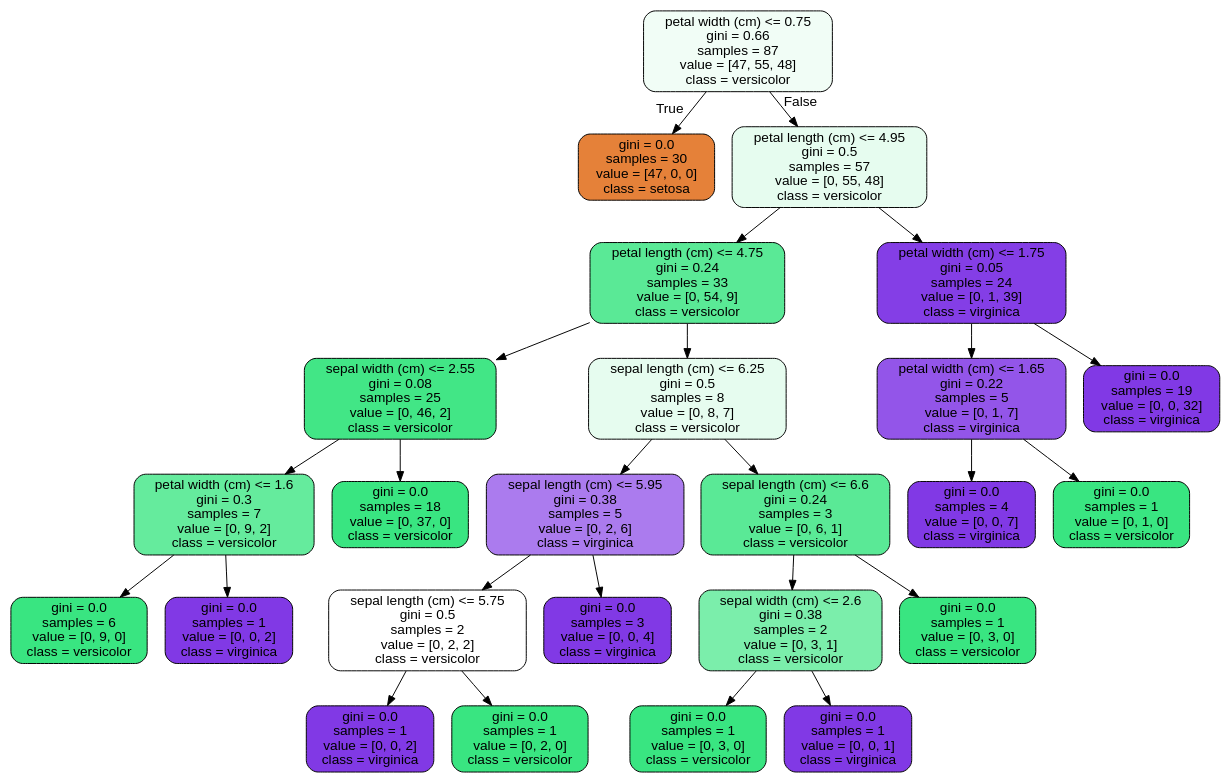
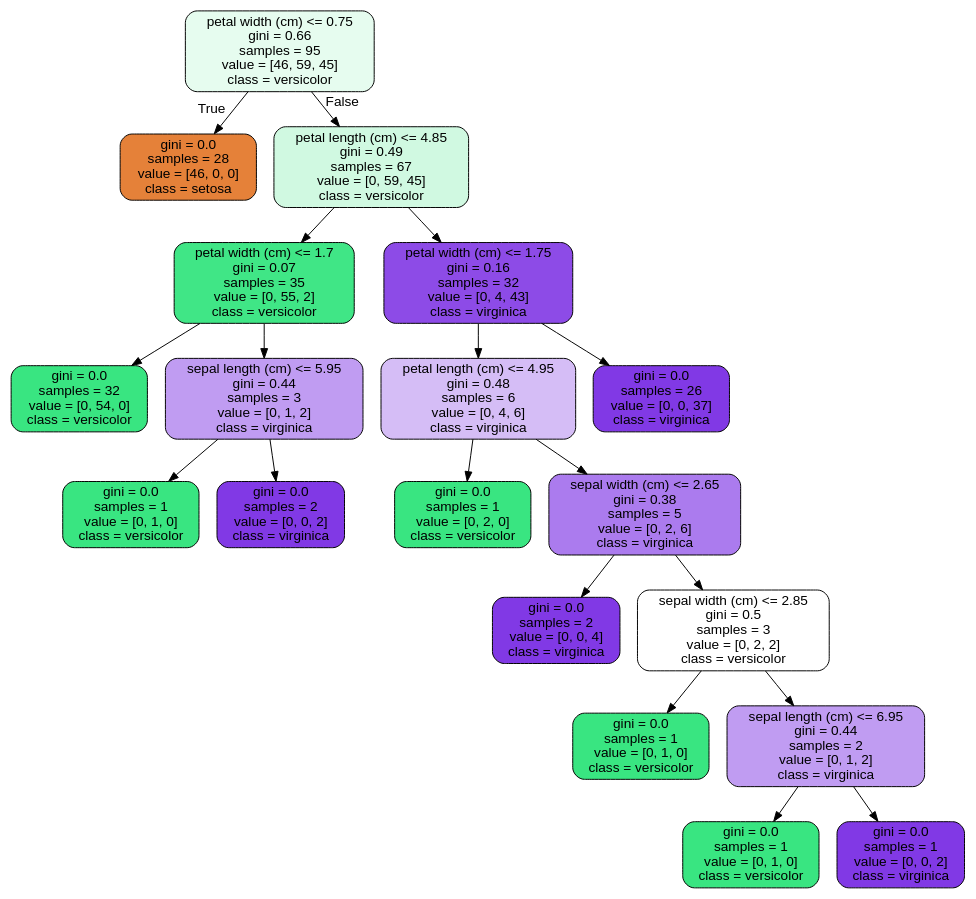
The diagram in Unit 14 - Supervised Learning/14.4 Random Forest Coronavirus case study/tree.dot (TSchwenn/dsc), drawn with Graphviz before and after one commit. The commit also changed 2 other files, not shown here.

```diff
--- a/Unit 14 - Supervised Learning/14.4 Random Forest Coronavirus case study/tree.dot
+++ b/Unit 14 - Supervised Learning/14.4 Random Forest Coronavirus case study/tree.dot
@@ -1,53 +1,41 @@
 digraph Tree {
 node [shape=box, style="filled, rounded", color="black", fontname="helvetica"] ;
 edge [fontname="helvetica"] ;
-0 [label="petal width (cm) <= 0.75\ngini = 0.66\nsamples = 87\nvalue = [47, 55, 48]\nclass = versicolor", fillcolor="#f1fdf6"] ;
-1 [label="gini = 0.0\nsamples = 30\nvalue = [47, 0, 0]\nclass = setosa", fillcolor="#e58139"] ;
+0 [label="petal width (cm) <= 0.75\ngini = 0.66\nsamples = 95\nvalue = [46, 59, 45]\nclass = versicolor", fillcolor="#e6fcef"] ;
+1 [label="gini = 0.0\nsamples = 28\nvalue = [46, 0, 0]\nclass = setosa", fillcolor="#e58139"] ;
 0 -> 1 [labeldistance=2.5, labelangle=45, headlabel="True"] ;
-2 [label="petal length (cm) <= 4.95\ngini = 0.5\nsamples = 57\nvalue = [0, 55, 48]\nclass = versicolor", fillcolor="#e6fcef"] ;
+2 [label="petal length (cm) <= 4.85\ngini = 0.49\nsamples = 67\nvalue = [0, 59, 45]\nclass = versicolor", fillcolor="#d0f9e1"] ;
 0 -> 2 [labeldistance=2.5, labelangle=-45, headlabel="False"] ;
-3 [label="petal length (cm) <= 4.75\ngini = 0.24\nsamples = 33\nvalue = [0, 54, 9]\nclass = versicolor", fillcolor="#5ae996"] ;
+3 [label="petal width (cm) <= 1.7\ngini = 0.07\nsamples = 35\nvalue = [0, 55, 2]\nclass = versicolor", fillcolor="#40e686"] ;
 2 -> 3 ;
-4 [label="sepal width (cm) <= 2.55\ngini = 0.08\nsamples = 25\nvalue = [0, 46, 2]\nclass = versicolor", fillcolor="#42e686"] ;
+4 [label="gini = 0.0\nsamples = 32\nvalue = [0, 54, 0]\nclass = versicolor", fillcolor="#39e581"] ;
 3 -> 4 ;
-5 [label="petal width (cm) <= 1.6\ngini = 0.3\nsamples = 7\nvalue = [0, 9, 2]\nclass = versicolor", fillcolor="#65eb9d"] ;
-4 -> 5 ;
-6 [label="gini = 0.0\nsamples = 6\nvalue = [0, 9, 0]\nclass = versicolor", fillcolor="#39e581"] ;
+5 [label="sepal length (cm) <= 5.95\ngini = 0.44\nsamples = 3\nvalue = [0, 1, 2]\nclass = virginica", fillcolor="#c09cf2"] ;
+3 -> 5 ;
+6 [label="gini = 0.0\nsamples = 1\nvalue = [0, 1, 0]\nclass = versicolor", fillcolor="#39e581"] ;
 5 -> 6 ;
-7 [label="gini = 0.0\nsamples = 1\nvalue = [0, 0, 2]\nclass = virginica", fillcolor="#8139e5"] ;
+7 [label="gini = 0.0\nsamples = 2\nvalue = [0, 0, 2]\nclass = virginica", fillcolor="#8139e5"] ;
 5 -> 7 ;
-8 [label="gini = 0.0\nsamples = 18\nvalue = [0, 37, 0]\nclass = versicolor", fillcolor="#39e581"] ;
-4 -> 8 ;
-9 [label="sepal length (cm) <= 6.25\ngini = 0.5\nsamples = 8\nvalue = [0, 8, 7]\nclass = versicolor", fillcolor="#e6fcef"] ;
-3 -> 9 ;
-10 [label="sepal length (cm) <= 5.95\ngini = 0.38\nsamples = 5\nvalue = [0, 2, 6]\nclass = virginica", fillcolor="#ab7bee"] ;
+8 [label="petal width (cm) <= 1.75\ngini = 0.16\nsamples = 32\nvalue = [0, 4, 43]\nclass = virginica", fillcolor="#8d4be7"] ;
+2 -> 8 ;
+9 [label="petal length (cm) <= 4.95\ngini = 0.48\nsamples = 6\nvalue = [0, 4, 6]\nclass = virginica", fillcolor="#d5bdf6"] ;
+8 -> 9 ;
+10 [label="gini = 0.0\nsamples = 1\nvalue = [0, 2, 0]\nclass = versicolor", fillcolor="#39e581"] ;
 9 -> 10 ;
-11 [label="sepal length (cm) <= 5.75\ngini = 0.5\nsamples = 2\nvalue = [0, 2, 2]\nclass = versicolor", fillcolor="#ffffff"] ;
-10 -> 11 ;
-12 [label="gini = 0.0\nsamples = 1\nvalue = [0, 0, 2]\nclass = virginica", fillcolor="#8139e5"] ;
+11 [label="sepal width (cm) <= 2.65\ngini = 0.38\nsamples = 5\nvalue = [0, 2, 6]\nclass = virginica", fillcolor="#ab7bee"] ;
+9 -> 11 ;
+12 [label="gini = 0.0\nsamples = 2\nvalue = [0, 0, 4]\nclass = virginica", fillcolor="#8139e5"] ;
 11 -> 12 ;
-13 [label="gini = 0.0\nsamples = 1\nvalue = [0, 2, 0]\nclass = versicolor", fillcolor="#39e581"] ;
+13 [label="sepal width (cm) <= 2.85\ngini = 0.5\nsamples = 3\nvalue = [0, 2, 2]\nclass = versicolor", fillcolor="#ffffff"] ;
 11 -> 13 ;
-14 [label="gini = 0.0\nsamples = 3\nvalue = [0, 0, 4]\nclass = virginica", fillcolor="#8139e5"] ;
-10 -> 14 ;
-15 [label="sepal length (cm) <= 6.6\ngini = 0.24\nsamples = 3\nvalue = [0, 6, 1]\nclass = versicolor", fillcolor="#5ae996"] ;
-9 -> 15 ;
-16 [label="sepal width (cm) <= 2.6\ngini = 0.38\nsamples = 2\nvalue = [0, 3, 1]\nclass = versicolor", fillcolor="#7beeab"] ;
+14 [label="gini = 0.0\nsamples = 1\nvalue = [0, 1, 0]\nclass = versicolor", fillcolor="#39e581"] ;
+13 -> 14 ;
+15 [label="sepal length (cm) <= 6.95\ngini = 0.44\nsamples = 2\nvalue = [0, 1, 2]\nclass = virginica", fillcolor="#c09cf2"] ;
+13 -> 15 ;
+16 [label="gini = 0.0\nsamples = 1\nvalue = [0, 1, 0]\nclass = versicolor", fillcolor="#39e581"] ;
 15 -> 16 ;
-17 [label="gini = 0.0\nsamples = 1\nvalue = [0, 3, 0]\nclass = versicolor", fillcolor="#39e581"] ;
-16 -> 17 ;
-18 [label="gini = 0.0\nsamples = 1\nvalue = [0, 0, 1]\nclass = virginica", fillcolor="#8139e5"] ;
-16 -> 18 ;
-19 [label="gini = 0.0\nsamples = 1\nvalue = [0, 3, 0]\nclass = versicolor", fillcolor="#39e581"] ;
-15 -> 19 ;
-20 [label="petal width (cm) <= 1.75\ngini = 0.05\nsamples = 24\nvalue = [0, 1, 39]\nclass = virginica", fillcolor="#843ee6"] ;
-2 -> 20 ;
-21 [label="petal width (cm) <= 1.65\ngini = 0.22\nsamples = 5\nvalue = [0, 1, 7]\nclass = virginica", fillcolor="#9355e9"] ;
-20 -> 21 ;
-22 [label="gini = 0.0\nsamples = 4\nvalue = [0, 0, 7]\nclass = virginica", fillcolor="#8139e5"] ;
-21 -> 22 ;
-23 [label="gini = 0.0\nsamples = 1\nvalue = [0, 1, 0]\nclass = versicolor", fillcolor="#39e581"] ;
-21 -> 23 ;
-24 [label="gini = 0.0\nsamples = 19\nvalue = [0, 0, 32]\nclass = virginica", fillcolor="#8139e5"] ;
-20 -> 24 ;
+17 [label="gini = 0.0\nsamples = 1\nvalue = [0, 0, 2]\nclass = virginica", fillcolor="#8139e5"] ;
+15 -> 17 ;
+18 [label="gini = 0.0\nsamples = 26\nvalue = [0, 0, 37]\nclass = virginica", fillcolor="#8139e5"] ;
+8 -> 18 ;
 }
```
